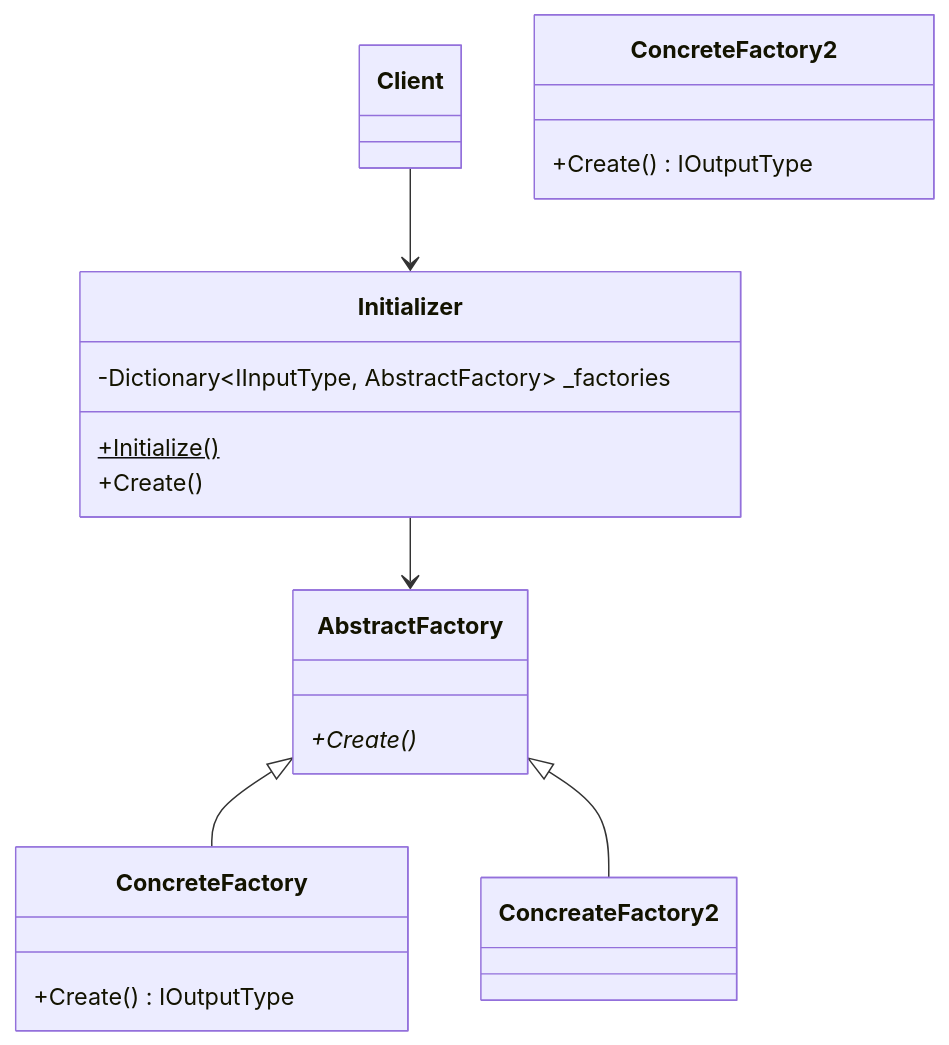
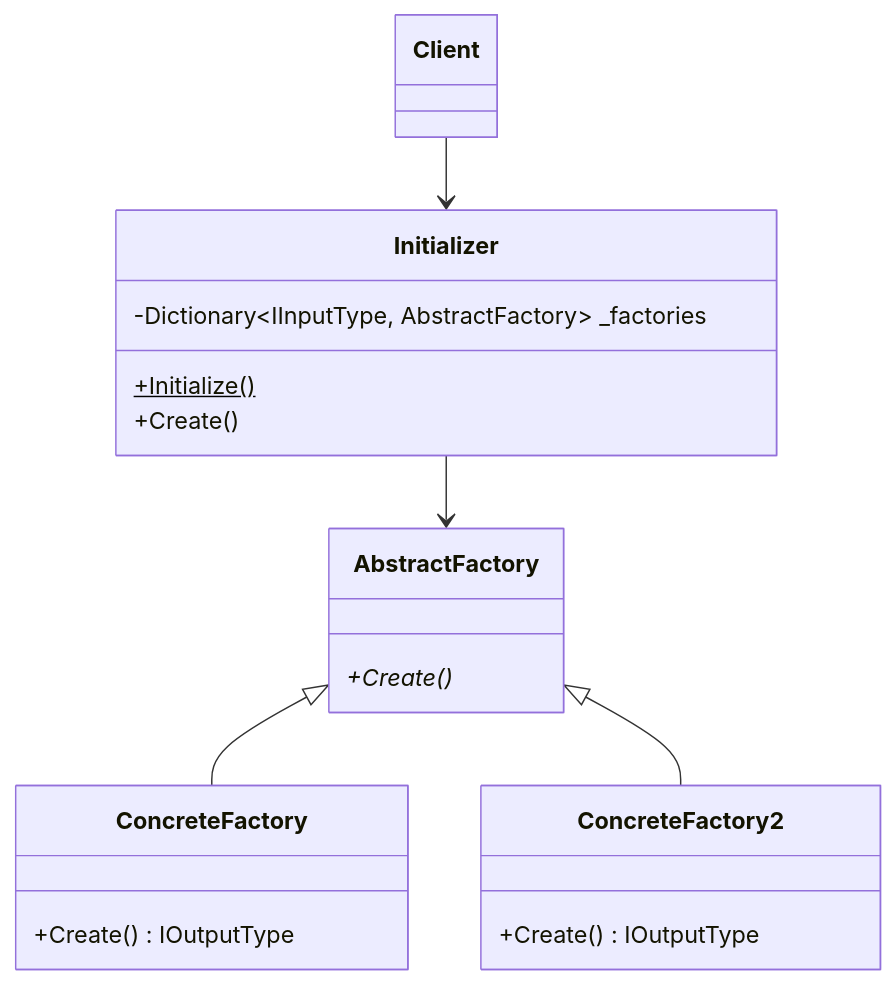
Before and after one commit to wbratz/generic-factory: the diagram in README.md, drawn with Mermaid.

````diff
--- a/README.md
+++ b/README.md
@@ -4,14 +4,14 @@
 ```mermaid
 classDiagram
     Client --> Initializer
     Initializer --> AbstractFactory
     AbstractFactory <|-- ConcreteFactory
-    AbstractFactory <|-- ConcreateFactory2
+    AbstractFactory <|-- ConcreteFactory2
     
     Initializer : -Dictionary~IInputType, AbstractFactory~ _factories
     Initializer : +Initialize()$
     Initializer : +Create()
     AbstractFactory : +Create()*
     ConcreteFactory : +Create() IOutputType
     ConcreteFactory2 : +Create() IOutputType
 ```
````
